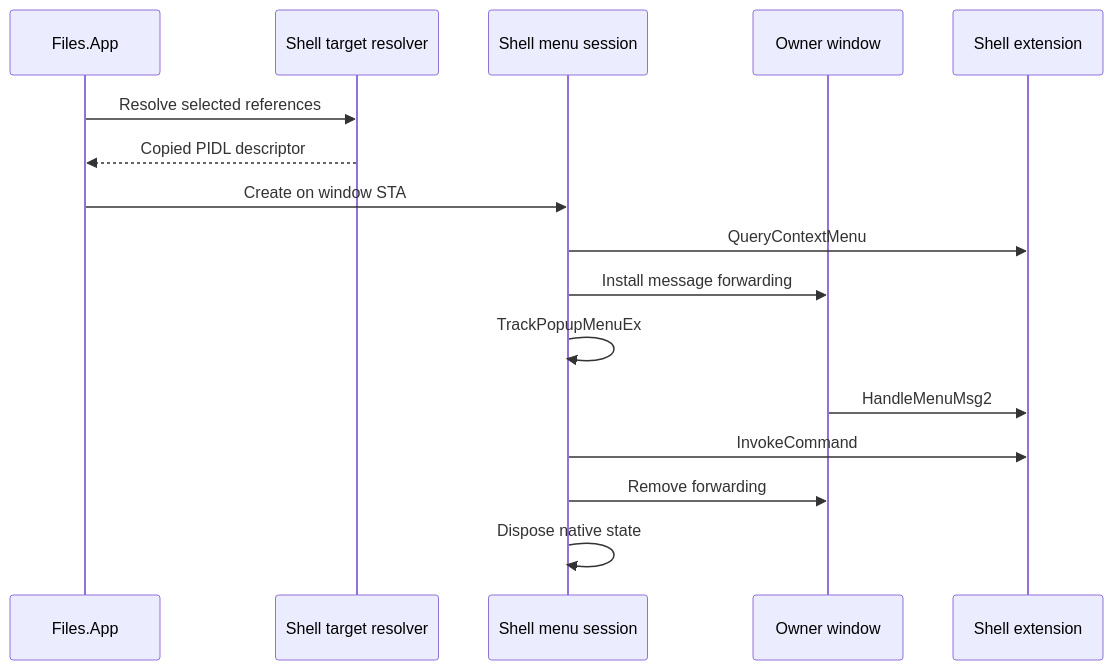
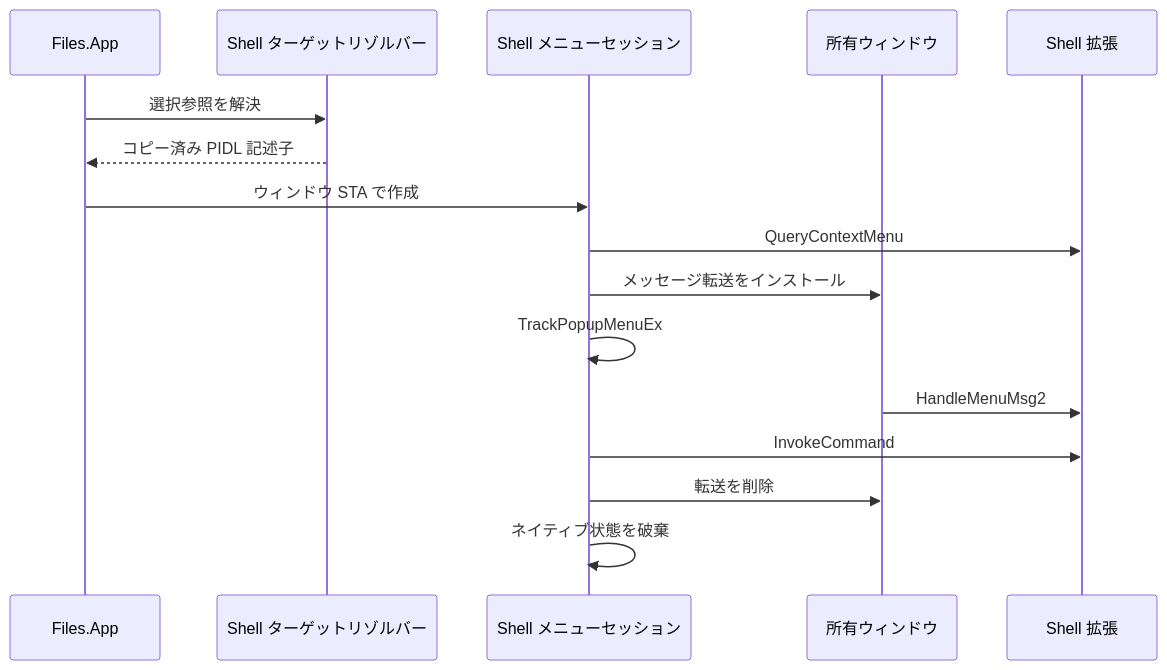
Before and after one commit to 0x5bfa/Files: the fourth of 5 diagrams in docs/architecture/platform-interactions.md, drawn with Mermaid. The commit also changed other lines of this file and 18 other files, not shown here.

Commit message:
Translate architecture docs to Japanese

````diff
--- a/docs/architecture/platform-interactions.md
+++ b/docs/architecture/platform-interactions.md
@@ -407,19 +356,19 @@
 ```mermaid
 sequenceDiagram
     participant App as Files.App
-    participant Resolver as Shell target resolver
-    participant Menu as Shell menu session
-    participant Window as Owner window
-    participant Extension as Shell extension
+    participant Resolver as Shell ターゲットリゾルバー
+    participant Menu as Shell メニューセッション
+    participant Window as 所有ウィンドウ
+    participant Extension as Shell 拡張
 
-    App->>Resolver: Resolve selected references
-    Resolver-->>App: Copied PIDL descriptor
-    App->>Menu: Create on window STA
+    App->>Resolver: 選択参照を解決
+    Resolver-->>App: コピー済み PIDL 記述子
+    App->>Menu: ウィンドウ STA で作成
     Menu->>Extension: QueryContextMenu
-    Menu->>Window: Install message forwarding
+    Menu->>Window: メッセージ転送をインストール
     Menu->>Menu: TrackPopupMenuEx
     Window->>Extension: HandleMenuMsg2
     Menu->>Extension: InvokeCommand
-    Menu->>Window: Remove forwarding
-    Menu->>Menu: Dispose native state
+    Menu->>Window: 転送を削除
+    Menu->>Menu: ネイティブ状態を破棄
 ```
````
